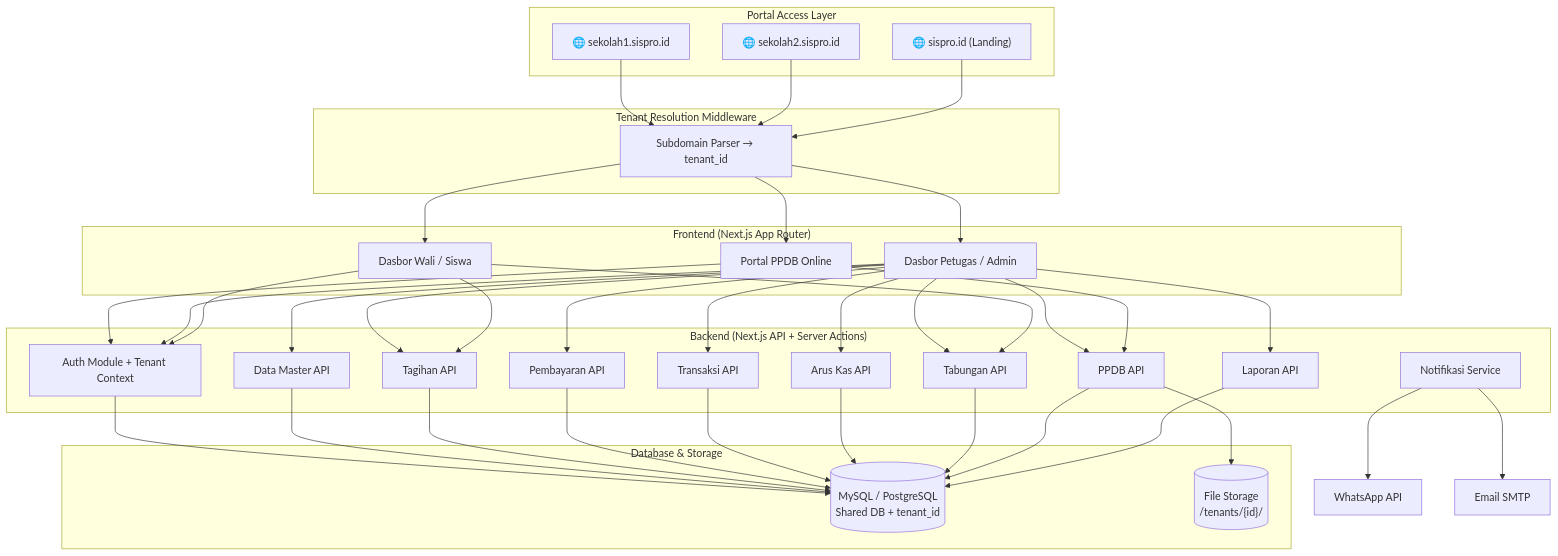
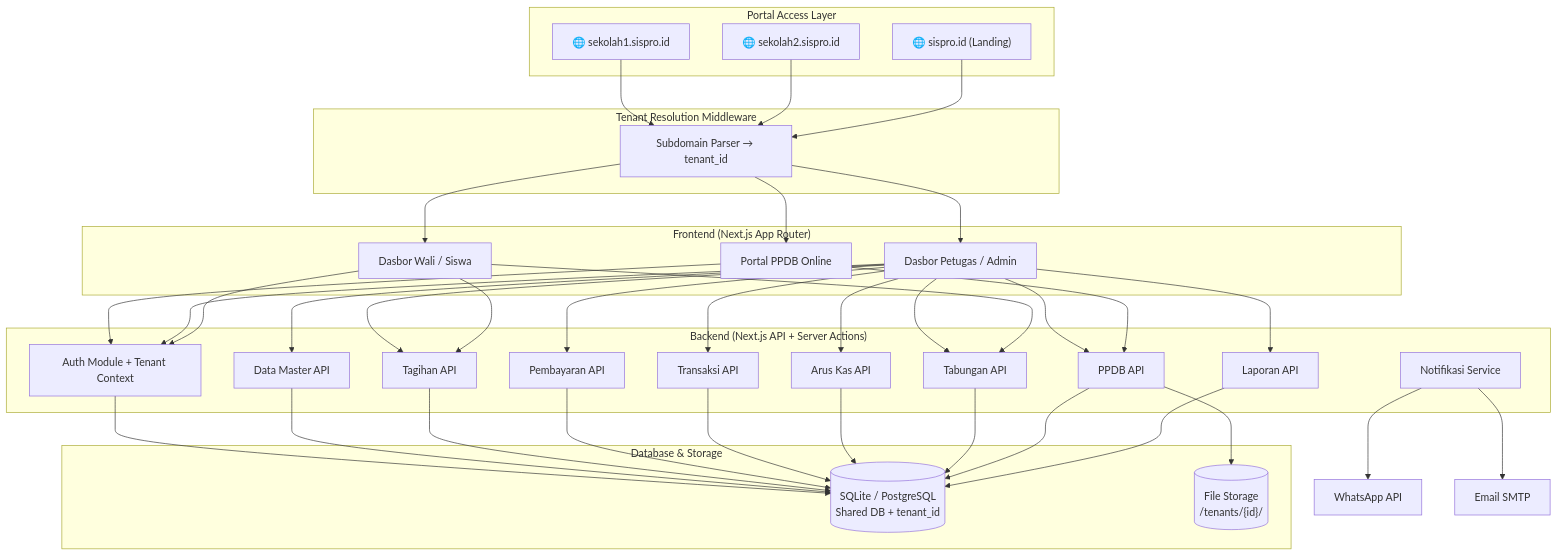
Before and after one commit to aburasyidalfatih/schoolpro: the first of 3 diagrams in docs/01_implementation_plan.md, drawn with Mermaid. The commit also changed other lines of this file and 22 other files, not shown here.

````diff
--- a/docs/01_implementation_plan.md
+++ b/docs/01_implementation_plan.md
@@ -65,48 +66,48 @@
 ```mermaid
 graph TB
     subgraph "Portal Access Layer"
         R["🌐 sekolah1.sispro.id"] 
         S["🌐 sekolah2.sispro.id"]
         T["🌐 sispro.id (Landing)"]
     end
     
     subgraph "Tenant Resolution Middleware"
         U[Subdomain Parser → tenant_id]
     end
     
     subgraph "Frontend (Next.js App Router)"
         A[Portal PPDB Online] 
         B[Dasbor Petugas / Admin]
         C[Dasbor Wali / Siswa]
     end
     
     subgraph "Backend (Next.js API + Server Actions)"
         D[Auth Module + Tenant Context]
         E[Data Master API]
         F[Tagihan API]
         G[Pembayaran API]
         H[Transaksi API]
         I[Arus Kas API]
         J[Tabungan API]
         K[PPDB API]
         L[Laporan API]
         M[Notifikasi Service]
     end
     
     subgraph "Database & Storage"
-        N[("MySQL / PostgreSQL<br/>Shared DB + tenant_id")]
+        N[("SQLite / PostgreSQL<br/>Shared DB + tenant_id")]
         O[("File Storage<br/>/tenants/{id}/")]
     end
     
     R & S --> U
     T --> U
     U --> A & B & C
     A & B & C --> D
     B --> E & F & G & H & I & J & K & L
     C --> F & J
     A --> K
     D & E & F & G & H & I & J & K & L --> N
     K --> O
     M --> P[WhatsApp API]
     M --> Q[Email SMTP]
 ```
````
